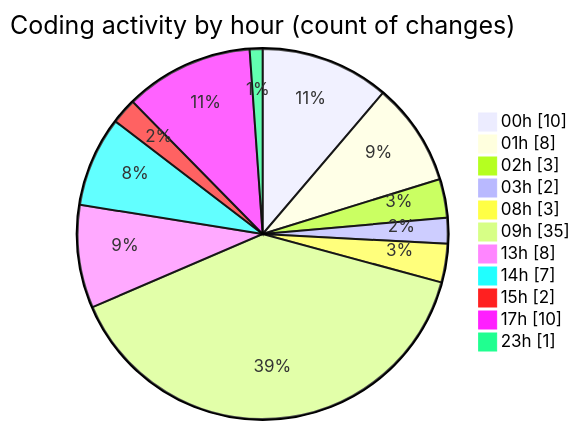
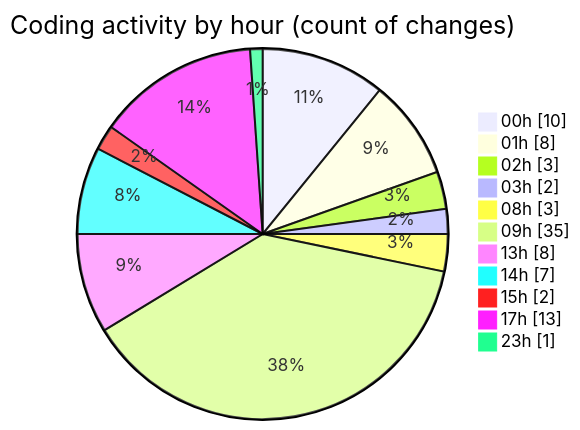
Before and after one commit to tmsrecording-cyber/code-tracking: the second of 2 diagrams in 2026-02-09/singularitybrainai/README.md, drawn with Mermaid. The commit also changed other lines of this file and 1 other file, not shown here.

````diff
--- a/2026-02-09/singularitybrainai/README.md
+++ b/2026-02-09/singularitybrainai/README.md
@@ -38,15 +39,15 @@
 ```mermaid
 pie showData
 title Coding activity by hour (count of changes)
 "00h" : 10
 "01h" : 8
 "02h" : 3
 "03h" : 2
 "08h" : 3
 "09h" : 35
 "13h" : 8
 "14h" : 7
 "15h" : 2
-"17h" : 10
+"17h" : 13
 "23h" : 1
 ```
````
